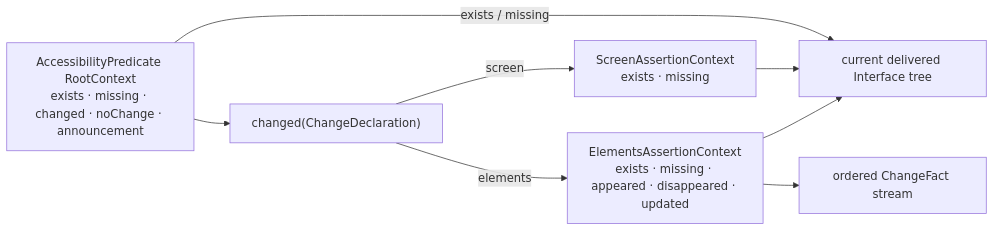
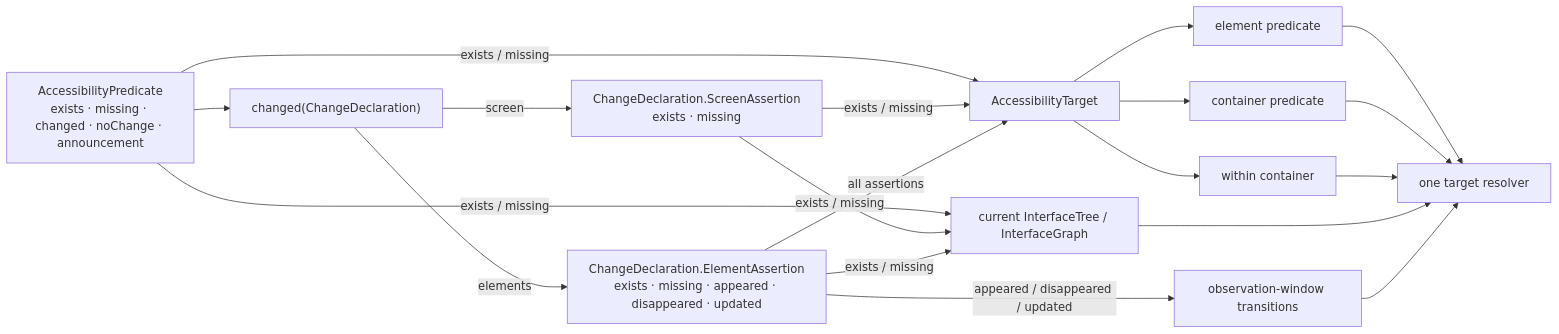
Before and after one commit to RoyalPineapple/TheButtonHeist: the second of 2 diagrams in docs/diagrams/dsl-grammar.md, drawn with Mermaid. The commit also changed other lines of this file and 16 other files, not shown here.

Commit message:
Lock canonical pipeline architecture shape

````diff
--- a/docs/diagrams/dsl-grammar.md
+++ b/docs/diagrams/dsl-grammar.md
@@ -56,16 +56,32 @@
 ```mermaid
 flowchart LR
-    ROOT["AccessibilityPredicate RootContext<br/>exists · missing · changed · noChange · announcement"]
+    ROOT["AccessibilityPredicate<br/>exists · missing · changed · noChange · announcement"]
     CHANGED["changed(ChangeDeclaration)"]
-    SCREEN["ScreenAssertionContext<br/>exists · missing"]
-    ELEMENTS["ElementsAssertionContext<br/>exists · missing · appeared · disappeared · updated"]
-    TREE["current delivered Interface tree"]
-    FACTS["ordered ChangeFact stream"]
+    SCREEN["ChangeDeclaration.ScreenAssertion<br/>exists · missing"]
+    ELEMENTS["ChangeDeclaration.ElementAssertion<br/>exists · missing · appeared · disappeared · updated"]
+    TARGET["AccessibilityTarget"]
+    ELEMENT["element predicate"]
+    CONTAINER["container predicate"]
+    WITHIN["within container"]
+    TREE["current InterfaceTree / InterfaceGraph"]
+    FACTS["observation-window transitions"]
+    RESOLVE["one target resolver"]
     ROOT --> CHANGED
     CHANGED -->|screen| SCREEN
     CHANGED -->|elements| ELEMENTS
+    ROOT -->|exists / missing| TARGET
+    SCREEN -->|exists / missing| TARGET
+    ELEMENTS -->|all assertions| TARGET
+    TARGET --> ELEMENT
+    TARGET --> CONTAINER
+    TARGET --> WITHIN
+    ELEMENT --> RESOLVE
+    CONTAINER --> RESOLVE
+    WITHIN --> RESOLVE
     ROOT -->|exists / missing| TREE
-    SCREEN --> TREE
-    ELEMENTS --> TREE
-    ELEMENTS --> FACTS
+    SCREEN -->|exists / missing| TREE
+    ELEMENTS -->|exists / missing| TREE
+    TREE --> RESOLVE
+    ELEMENTS -->|appeared / disappeared / updated| FACTS
+    FACTS --> RESOLVE
 ```
````
